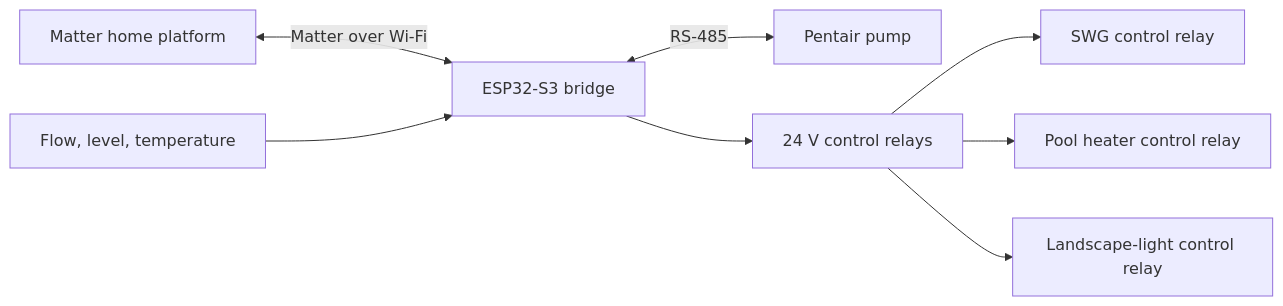
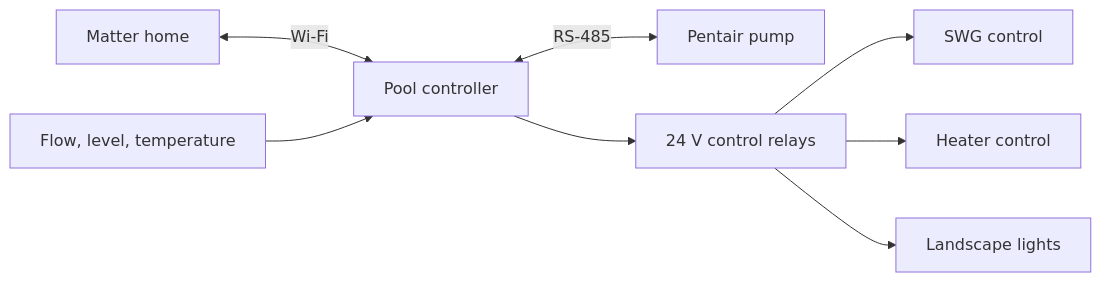
One commit to evantobin/matter-pool-controller changed the diagram in README.md. Above: the diagram before and after it, drawn with Mermaid. The commit also changed other lines of this file, not shown here.

````diff
--- a/README.md
+++ b/README.md
@@ -32,10 +28,10 @@
 ```mermaid
 flowchart LR
-  Home["Matter home platform"] <-->|"Matter over Wi-Fi"| Bridge["ESP32-S3 bridge"]
+  Home["Matter home"] <-->|"Wi-Fi"| Bridge["Pool controller"]
   Bridge <-->|"RS-485"| Pump["Pentair pump"]
+  Sensors["Flow, level, temperature"] --> Bridge
   Bridge --> Relays["24 V control relays"]
-  Sensors["Flow, level, temperature"] --> Bridge
-  Relays --> Swg["SWG control relay"]
-  Relays --> Heater["Pool heater control relay"]
-  Relays --> Lights["Landscape-light control relay"]
+  Relays --> Swg["SWG control"]
+  Relays --> Heater["Heater control"]
+  Relays --> Lights["Landscape lights"]
 ```
````
